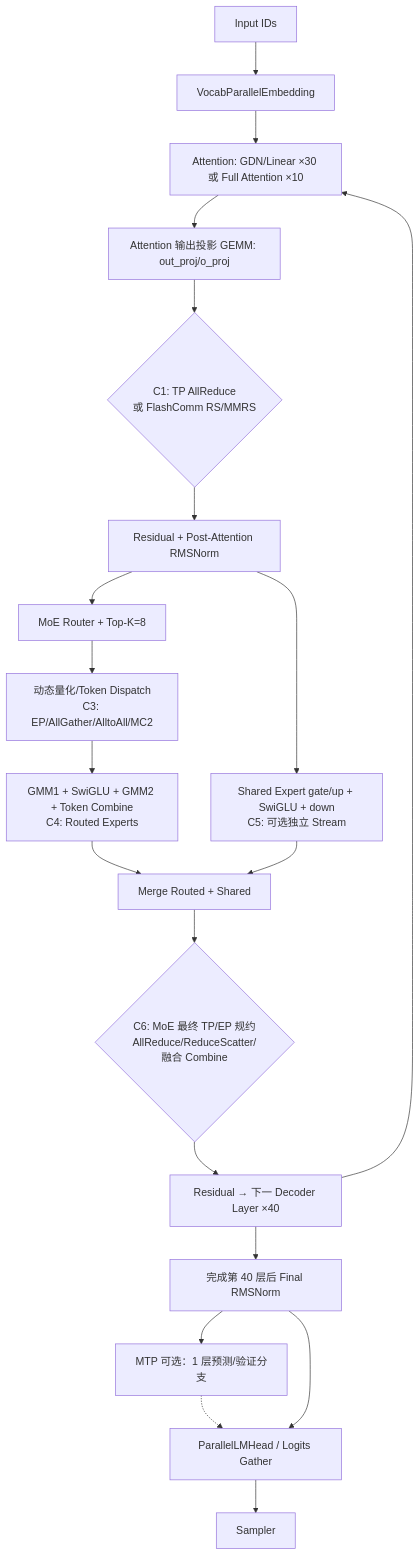
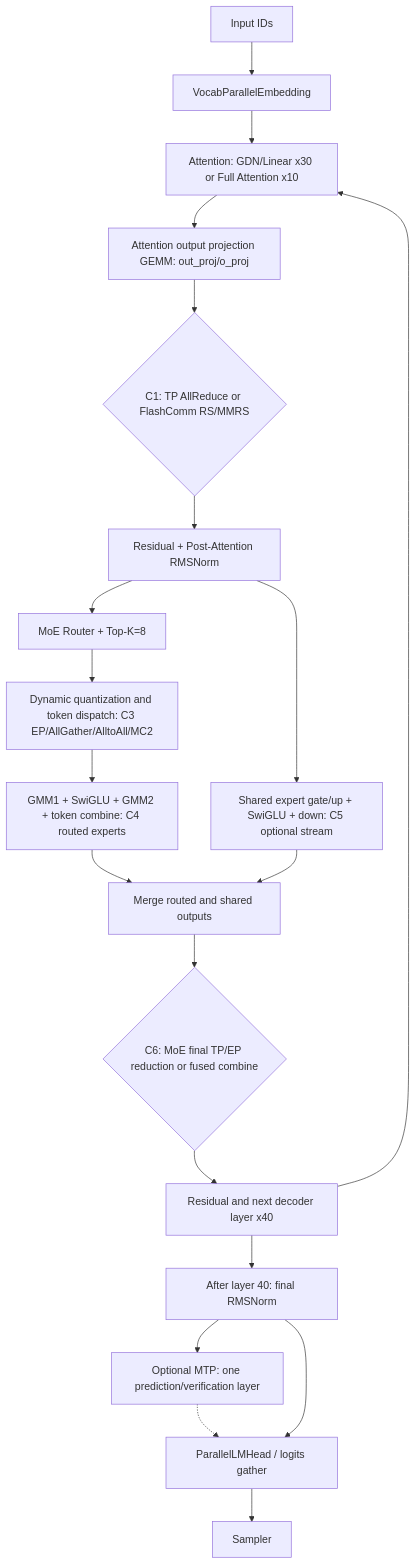
Before and after one commit to 10wvw01/310P-qwen36: the diagram in 理论分析结论.md, drawn with Mermaid.

Commit message:
docs: fix GitHub Mermaid compatibility

````diff
--- a/理论分析结论.md
+++ b/理论分析结论.md
@@ -96,22 +96,22 @@
 ```mermaid
-flowchart TD
-    I[Input IDs] --> E[VocabParallelEmbedding]
-    E --> A[Attention: GDN/Linear ×30 或 Full Attention ×10]
-    A --> O[Attention 输出投影 GEMM: out_proj/o_proj]
-    O --> C1{C1: TP AllReduce<br/>或 FlashComm RS/MMRS}
-    C1 --> N[Residual + Post-Attention RMSNorm]
-    N --> R[MoE Router + Top-K=8]
-    R --> Q[动态量化/Token Dispatch<br/>C3: EP/AllGather/AlltoAll/MC2]
-    Q --> G[GMM1 + SwiGLU + GMM2 + Token Combine<br/>C4: Routed Experts]
-    N --> S[Shared Expert gate/up + SwiGLU + down<br/>C5: 可选独立 Stream]
-    G --> M[Merge Routed + Shared]
-    S --> M
-    M --> C6{C6: MoE 最终 TP/EP 规约<br/>AllReduce/ReduceScatter/融合 Combine}
-    C6 --> L[Residual → 下一 Decoder Layer ×40]
-    L --> A
-    L --> F[完成第 40 层后 Final RMSNorm]
-    F --> MT[MTP 可选：1 层预测/验证分支]
-    MT -.-> H[ParallelLMHead / Logits Gather]
-    F --> H
-    H --> Z[Sampler]
+graph TD;
+    I["Input IDs"] --> E["VocabParallelEmbedding"];
+    E --> A["Attention: GDN/Linear x30 or Full Attention x10"];
+    A --> O["Attention output projection GEMM: out_proj/o_proj"];
+    O --> C1{"C1: TP AllReduce or FlashComm RS/MMRS"};
+    C1 --> N["Residual + Post-Attention RMSNorm"];
+    N --> R["MoE Router + Top-K=8"];
+    R --> Q["Dynamic quantization and token dispatch: C3 EP/AllGather/AlltoAll/MC2"];
+    Q --> G["GMM1 + SwiGLU + GMM2 + token combine: C4 routed experts"];
+    N --> S["Shared expert gate/up + SwiGLU + down: C5 optional stream"];
+    G --> M["Merge routed and shared outputs"];
+    S --> M;
+    M --> C6{"C6: MoE final TP/EP reduction or fused combine"};
+    C6 --> L["Residual and next decoder layer x40"];
+    L --> A;
+    L --> F["After layer 40: final RMSNorm"];
+    F --> MT["Optional MTP: one prediction/verification layer"];
+    MT -.-> H["ParallelLMHead / logits gather"];
+    F --> H;
+    H --> Z["Sampler"];
 ```
````
